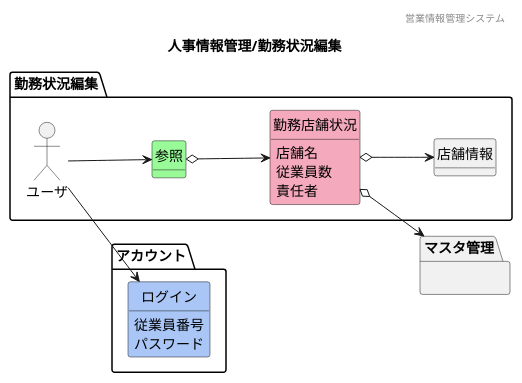
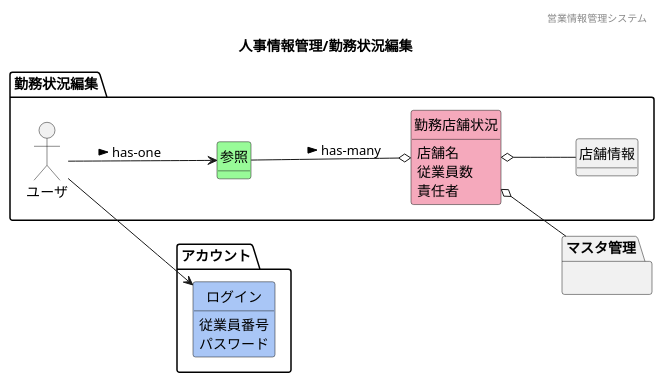
One commit to HaruShim/Sotuken changed the diagram in 各種設計書/1ドメインモデル図/人事情報管理/F14勤務状況編集.plantuml. Above: the diagram before and after it, drawn with PlantUML. The commit also changed 13 other files, not shown here.

```diff
--- a/各種設計書/1ドメインモデル図/人事情報管理/F14勤務状況編集.plantuml
+++ b/各種設計書/1ドメインモデル図/人事情報管理/F14勤務状況編集.plantuml
@@ -1,51 +1,51 @@
 @startuml images/人事情報管理/勤務状況編集
 ' ヘッダー
 header 営業情報管理システム
 ' タイトル
 title 人事情報管理/勤務状況編集
 ' 
 hide circle
 ' 
 hide method
 left to right direction
 
 package "アカウント"{
     class "ログイン" #A9C6F6
 }
 
 package "勤務状況編集" {
     'ユーザや外部システム
     mix_actor "ユーザ"
     class "参照" #98fb98
     class "勤務店舗状況" #F5A9BC
     class "店舗情報"
 }
     package "マスタ管理"{
     }
     ' class "" #F5A9BC
     ' class "" #ffd700
 
     'モデル同士の関係
-    ユーザ --> 参照
+    ユーザ --> 参照 : > has-one
     ユーザ --> ログイン
-    参照 o--> 勤務店舗状況
-    勤務店舗状況 o--> 店舗情報
-    勤務店舗状況 o--> マスタ管理
+    参照 --o 勤務店舗状況 : > has-many
+    勤務店舗状況 o-- 店舗情報
+    勤務店舗状況 o-- マスタ管理
 
     'ドメインクラスの属性
     ' 店舗情報 : 店舗名
     ' 店舗情報 : 住所
     ' 店舗情報 : 連絡先
     ' 店舗情報 : 店長
     ' 店舗情報 : 主な従業員
     勤務店舗状況 : 店舗名
     勤務店舗状況 : 従業員数
     勤務店舗状況 : 責任者
     ログイン : 従業員番号
     ログイン : パスワード
 
 
 
 
 
 @enduml
```
